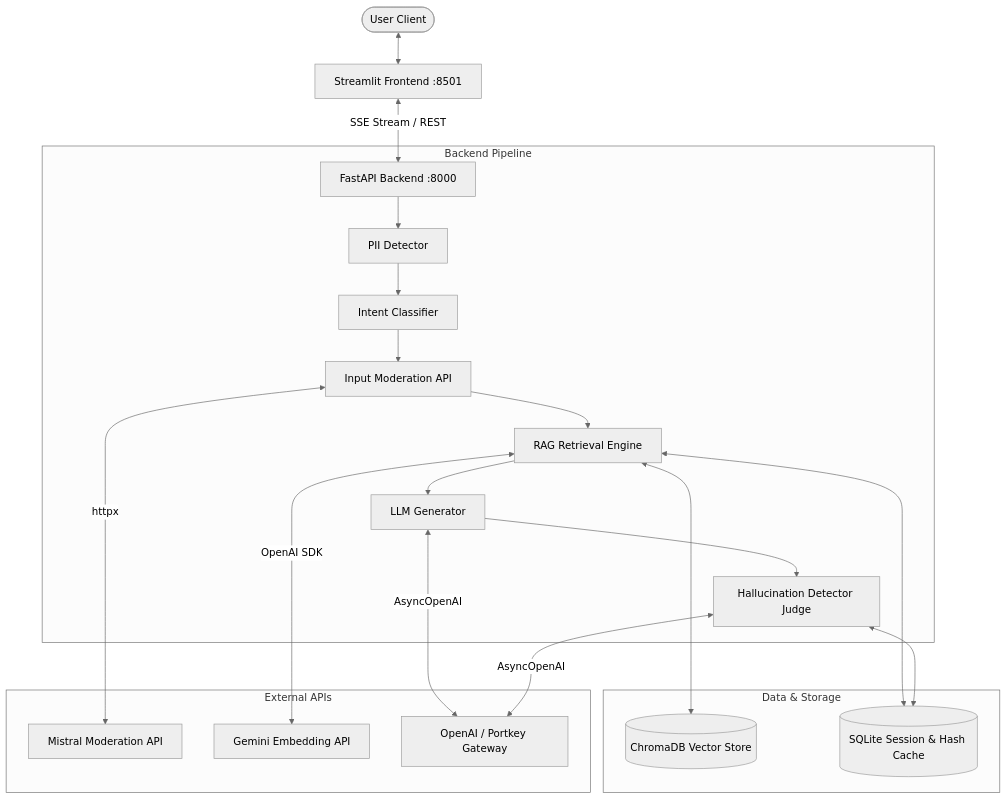
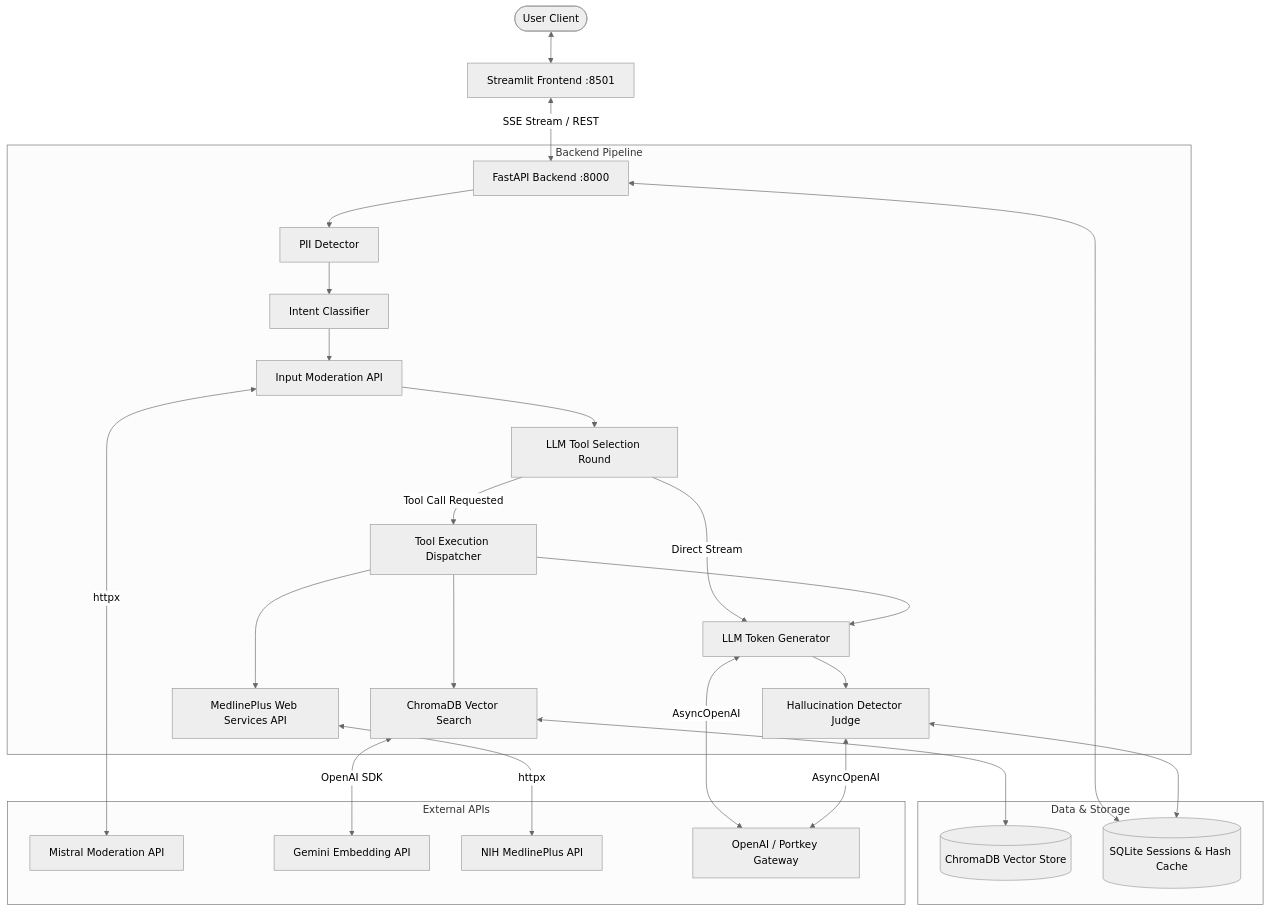
Before and after one commit to SimpNick6703/Health-Chatbot: the first of 2 diagrams in ARCHITECTURE.md, drawn with Mermaid (neutral theme). The commit also changed other lines of this file, not shown here.

Commit message:
docs: update ARCHITECTURE.md for Tool-Calling pipeline, MedlinePlus API, multi-session storage, and Collapsed Hallucination UX

````diff
--- a/ARCHITECTURE.md
+++ b/ARCHITECTURE.md
@@ -6,27 +6,32 @@
 ```mermaid
 flowchart TD
     User([User Client]) <--> UI[Streamlit Frontend :8501]
     UI <-->|SSE Stream / REST| API[FastAPI Backend :8000]
 
     subgraph Backend Pipeline
         API --> PII[PII Detector]
         PII --> Intent[Intent Classifier]
         Intent --> Mod[Input Moderation API]
-        Mod --> RAG[RAG Retrieval Engine]
-        RAG --> LLM[LLM Generator]
+        Mod --> ToolRound[LLM Tool Selection Round]
+        ToolRound -->|Tool Call Requested| Exec[Tool Execution Dispatcher]
+        Exec --> RAG[ChromaDB Vector Search]
+        Exec --> Medline[MedlinePlus Web Services API]
+        ToolRound -->|Direct Stream| LLM[LLM Token Generator]
+        Exec --> LLM
         LLM --> Judge[Hallucination Detector Judge]
     end
 
     subgraph Data & Storage
         RAG <--> Chroma[(ChromaDB Vector Store)]
-        RAG <--> SQLite[(SQLite Session & Hash Cache)]
+        API <--> SQLite[(SQLite Sessions & Hash Cache)]
         Judge <--> SQLite
     end
 
     subgraph External APIs
         Mod <-->|httpx| Mistral[Mistral Moderation API]
         RAG <-->|OpenAI SDK| Gemini[Gemini Embedding API]
+        Medline <-->|httpx| NLM[NIH MedlinePlus API]
         LLM <-->|AsyncOpenAI| OpenAI[OpenAI / Portkey Gateway]
         Judge <-->|AsyncOpenAI| OpenAI
     end
 ```
````
